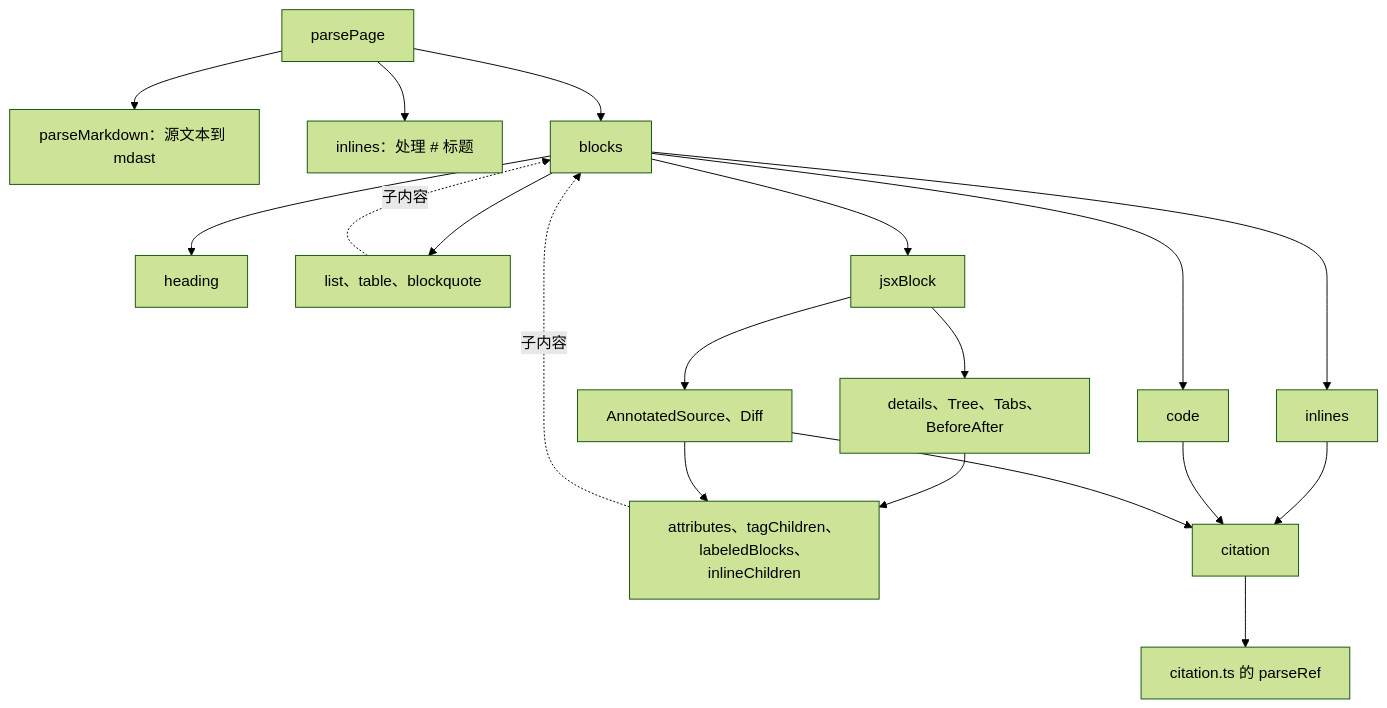
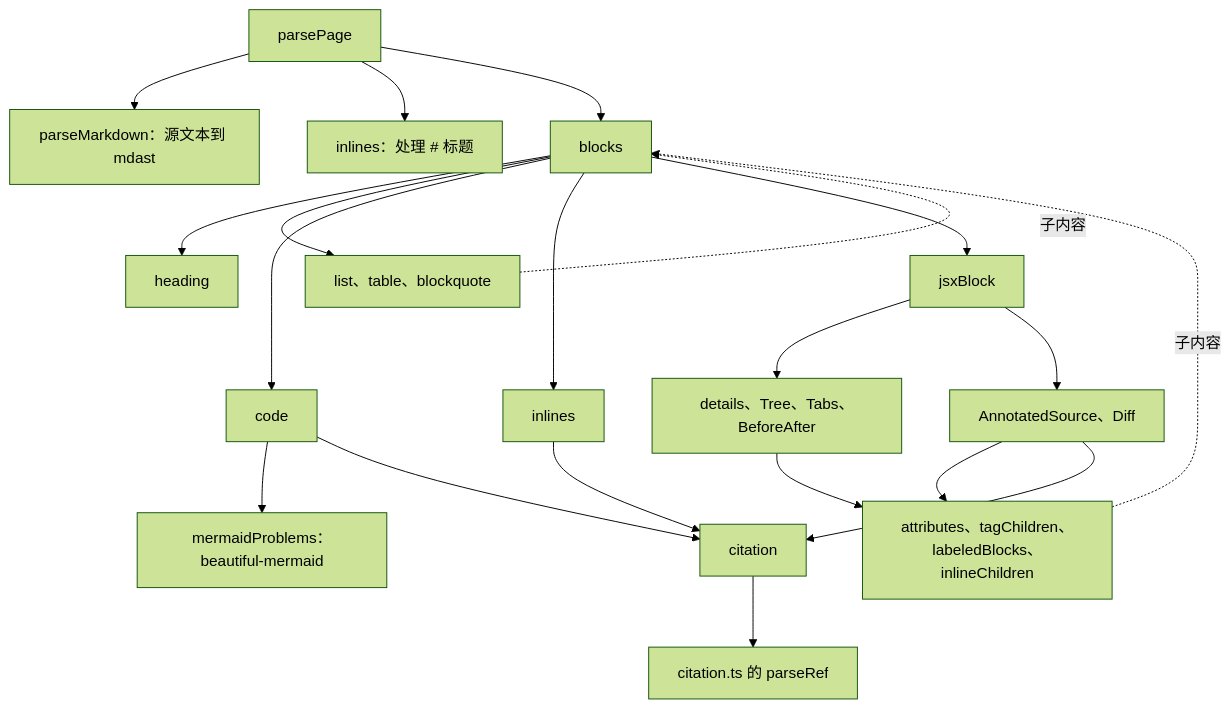
One commit to 5u4/explain-this changed the diagram in docs/zh/parse-page.md. Above: the diagram before and after it, drawn with Mermaid (forest theme). The commit also changed other lines of this file and 17 other files, not shown here.

First line of the commit message:
feat(contract): report mermaid the renderer drops and unsupported markdown

````diff
--- a/docs/zh/parse-page.md
+++ b/docs/zh/parse-page.md
@@ -30,21 +31,22 @@
 ```mermaid
 flowchart TD
   P["parsePage"] --> M["parseMarkdown：源文本到 mdast"]
   P --> T["inlines：处理 # 标题"]
   P --> B["blocks"]
   B --> H["heading"]
   B --> Q["list、table、blockquote"]
   B --> C["code"]
+  C --> MM["mermaidProblems：beautiful-mermaid"]
   B --> I["inlines"]
   B --> J["jsxBlock"]
   Q -.->|子内容| B
   J --> L["details、Tree、Tabs、BeforeAfter"]
   J --> S["AnnotatedSource、Diff"]
   L --> K["attributes、tagChildren、labeledBlocks、inlineChildren"]
   S --> K
   K -.->|子内容| B
   I --> R["citation"]
   C --> R
   S --> R
   R --> PR["citation.ts 的 parseRef"]
 ```
````
